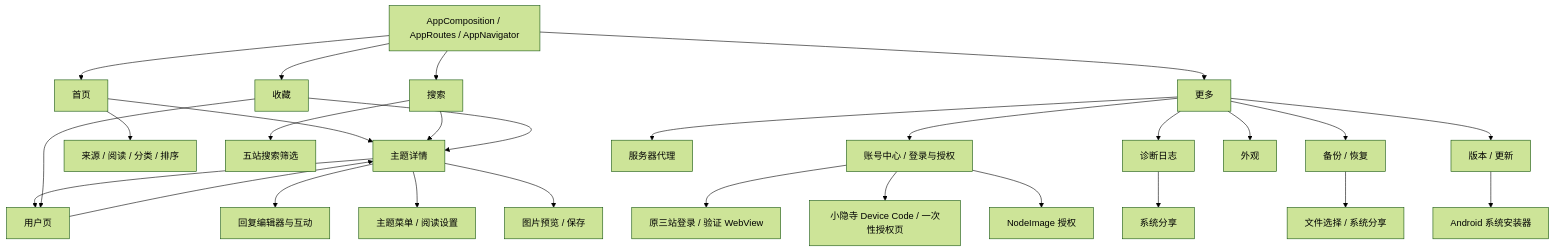
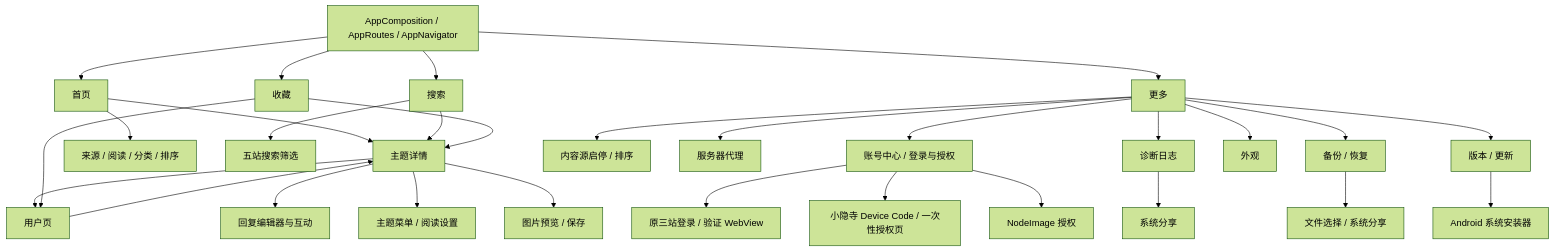
One commit to everythink98/wz-android changed the diagram in docs/product-map.md. Above: the diagram before and after it, drawn with Mermaid (forest theme). The commit also changed other lines of this file and 190 other files, not shown here.

Commit message:
feat: consolidate forum source and account flows

````diff
--- a/docs/product-map.md
+++ b/docs/product-map.md
@@ -16,30 +16,31 @@
 ```mermaid
 flowchart TD
   APP["AppComposition / AppRoutes / AppNavigator"] --> FEED["首页"]
   APP --> SEARCH["搜索"]
   APP --> LIBRARY["收藏"]
   APP --> MORE["更多"]
   FEED --> TOPIC["主题详情"]
   FEED --> FEED_FILTER["来源 / 阅读 / 分类 / 排序"]
   SEARCH --> TOPIC
   SEARCH --> SEARCH_FILTER["五站搜索筛选"]
   LIBRARY --> TOPIC
   TOPIC --> USER["用户页"]
   USER --> TOPIC
   LIBRARY --> USER
   TOPIC --> COMPOSER["回复编辑器与互动"]
   TOPIC --> TOPIC_MENU["主题菜单 / 阅读设置"]
   TOPIC --> IMAGE["图片预览 / 保存"]
   MORE --> ACCOUNT["账号中心 / 登录与授权"]
+  MORE --> SOURCES["内容源启停 / 排序"]
   ACCOUNT --> VERIFY["原三站登录 / 验证 WebView"]
   ACCOUNT --> XIAOYINSI_AUTH["小隐寺 Device Code / 一次性授权页"]
   ACCOUNT --> NODEIMAGE["NodeImage 授权"]
   MORE --> PROXY["服务器代理"]
   MORE --> DIAG["诊断日志"]
   MORE --> BACKUP["备份 / 恢复"]
   MORE --> APPEARANCE["外观"]
   MORE --> UPDATE["版本 / 更新"]
   DIAG --> SHARE["系统分享"]
   BACKUP --> FILE_PICKER["文件选择 / 系统分享"]
   UPDATE --> INSTALLER["Android 系统安装器"]
 ```
````
